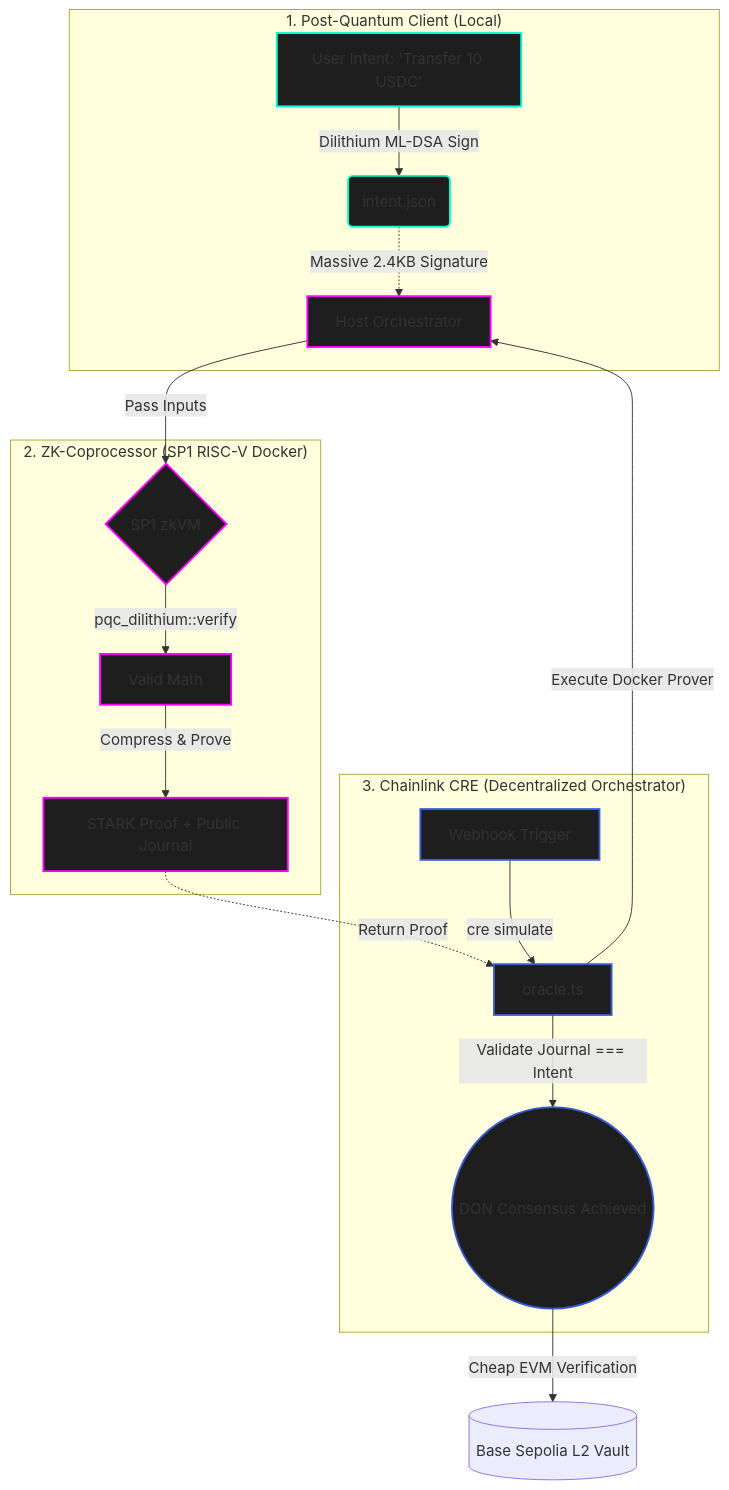
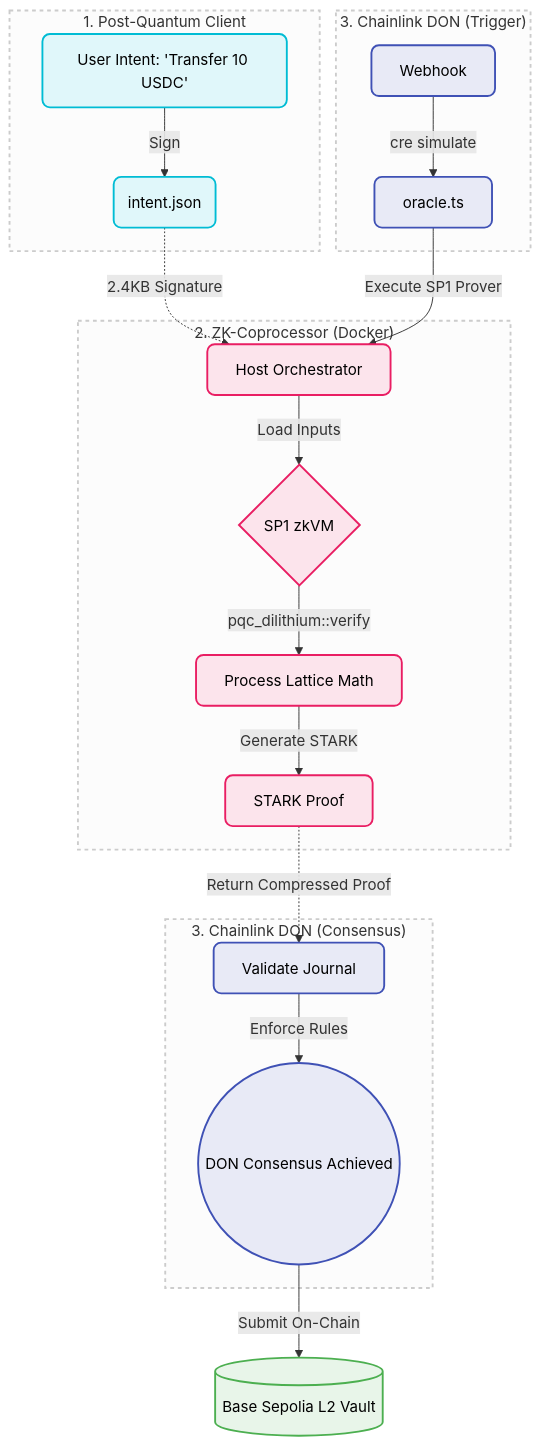
Before and after one commit to vjb/quantum-safe-cre: the diagram in README.md, drawn with Mermaid.

Commit message:
docs: beautify mermaid architecture topology

````diff
--- a/README.md
+++ b/README.md
@@ -19,29 +19,35 @@
 ```mermaid
 graph TD
-    subgraph "1. Post-Quantum Client (Local)"
-        A[User Intent: 'Transfer 10 USDC'] -->|Dilithium ML-DSA Sign| B(intent.json)
-        B -.->|Massive 2.4KB Signature| C
+    classDef client fill:#E0F7FA,stroke:#00BCD4,stroke-width:2px,color:#000000,rx:8px,ry:8px;
+    classDef zk fill:#FCE4EC,stroke:#E91E63,stroke-width:2px,color:#000000,rx:8px,ry:8px;
+    classDef link fill:#E8EAF6,stroke:#3F51B5,stroke-width:2px,color:#000000,rx:8px,ry:8px;
+    classDef base fill:#E8F5E9,stroke:#4CAF50,stroke-width:2px,color:#000000,rx:8px,ry:8px;
+
+    subgraph Phase1 ["1. Post-Quantum Client"]
+        A["User Intent: 'Transfer 10 USDC'"]:::client -->|"Sign"| B("intent.json"):::client
     end
 
-    subgraph "2. ZK-Coprocessor (SP1 RISC-V Docker)"
-        C[Host Orchestrator] -->|Pass Inputs| D{SP1 zkVM}
-        D -->|pqc_dilithium::verify| E[Valid Math]
-        E -->|Compress & Prove| F[STARK Proof + Public Journal]
+    subgraph Phase3_Start ["3. Chainlink DON (Trigger)"]
+        G["Webhook"]:::link -->|"cre simulate"| H["oracle.ts"]:::link
     end
 
-    subgraph "3. Chainlink CRE (Decentralized Orchestrator)"
-        G[Webhook Trigger] -->|cre simulate| H[oracle.ts]
-        H -->|Execute Docker Prover| C
-        F -.->|Return Proof| H
-        H -->|Validate Journal === Intent| I((DON Consensus Achieved))
+    subgraph Phase2 ["2. ZK-Coprocessor (Docker)"]
+        C["Host Orchestrator"]:::zk -->|"Load Inputs"| D{"SP1 zkVM"}:::zk
+        D -->|"pqc_dilithium::verify"| E["Process Lattice Math"]:::zk
+        E -->|"Generate STARK"| F["STARK Proof"]:::zk
     end
 
-    I -->|Cheap EVM Verification| J[(Base Sepolia L2 Vault)]
+    subgraph Phase3_End ["3. Chainlink DON (Consensus)"]
+        H2["Validate Journal"]:::link -->|"Enforce Rules"| I(("DON Consensus Achieved")):::link
+    end
 
-    classDef client fill:#1e1e1e,stroke:#00ffcc,stroke-width:2px;
-    classDef zk fill:#1e1e1e,stroke:#ff00ff,stroke-width:2px;
-    classDef link fill:#1e1e1e,stroke:#375bd2,stroke-width:2px;
-    class A,B client;
-    class C,D,E,F zk;
-    class G,H,I link;
+    B -.->|"2.4KB Signature"| C
+    H -->|"Execute SP1 Prover"| C
+    F -.->|"Return Compressed Proof"| H2
+    I -->|"Submit On-Chain"| J[("Base Sepolia L2 Vault")]:::base
+
+    style Phase1 fill:#fcfcfc,stroke:#cccccc,stroke-width:2px,stroke-dasharray: 4 4;
+    style Phase3_Start fill:#fcfcfc,stroke:#cccccc,stroke-width:2px,stroke-dasharray: 4 4;
+    style Phase2 fill:#fcfcfc,stroke:#cccccc,stroke-width:2px,stroke-dasharray: 4 4;
+    style Phase3_End fill:#fcfcfc,stroke:#cccccc,stroke-width:2px,stroke-dasharray: 4 4;
 ```
````
